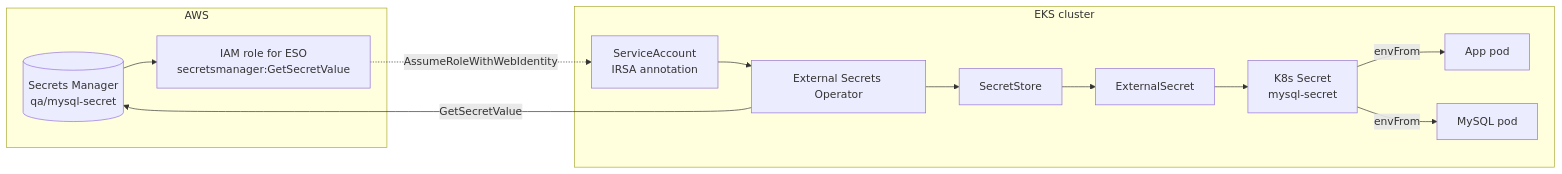
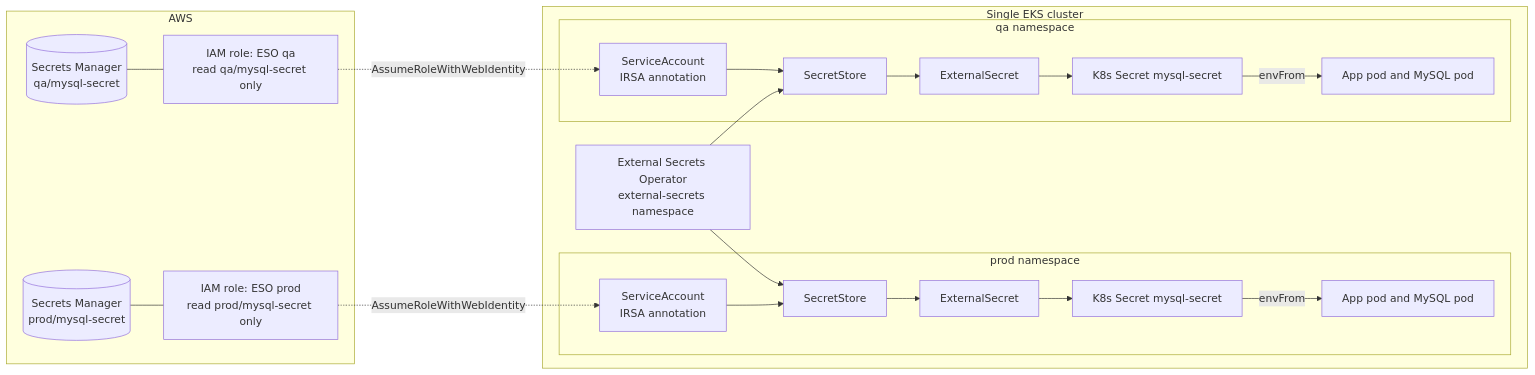
The second of 8 diagrams in README.md (meetbrij/prod-grade-e2e-devsecops-pipeline), drawn with Mermaid before and after one commit. The commit also changed other lines of this file and 3 other files, not shown here.

````diff
--- a/README.md
+++ b/README.md
@@ -100,24 +116,32 @@
 ```mermaid
 flowchart LR
     subgraph AWS[AWS]
-        SM[(Secrets Manager<br/>qa/mysql-secret)]
-        IAM[IAM role for ESO<br/>secretsmanager:GetSecretValue]
+        SMQ[(Secrets Manager<br/>qa/mysql-secret)]
+        SMP[(Secrets Manager<br/>prod/mysql-secret)]
+        IAMQ[IAM role: ESO qa<br/>read qa/mysql-secret only]
+        IAMP[IAM role: ESO prod<br/>read prod/mysql-secret only]
+        SMQ --- IAMQ
+        SMP --- IAMP
     end
 
-    subgraph K8S[EKS cluster]
-        SA[ServiceAccount<br/>IRSA annotation]
-        ESO[External Secrets Operator]
-        SS[SecretStore]
-        ES[ExternalSecret]
-        KS[K8s Secret<br/>mysql-secret]
-        APP[App pod]
-        MYSQL[MySQL pod]
-        SA --> ESO --> SS --> ES --> KS
-        KS -->|envFrom| APP
-        KS -->|envFrom| MYSQL
+    subgraph K8S[Single EKS cluster]
+        ESO[External Secrets Operator<br/>external-secrets namespace]
+        subgraph QA[qa namespace]
+            SAQ[ServiceAccount<br/>IRSA annotation]
+            SSQ[SecretStore] --> ESQ[ExternalSecret] --> KSQ[K8s Secret mysql-secret]
+            KSQ -->|envFrom| QAPODS[App pod and MySQL pod]
+            SAQ --> SSQ
+        end
+        subgraph PROD[prod namespace]
+            SAP[ServiceAccount<br/>IRSA annotation]
+            SSP[SecretStore] --> ESP[ExternalSecret] --> KSP[K8s Secret mysql-secret]
+            KSP -->|envFrom| PRODPODS[App pod and MySQL pod]
+            SAP --> SSP
+        end
+        ESO --> SSQ
+        ESO --> SSP
     end
 
-    SM --> IAM
-    IAM -. AssumeRoleWithWebIdentity .-> SA
-    ESO -->|GetSecretValue| SM
+    IAMQ -. AssumeRoleWithWebIdentity .-> SAQ
+    IAMP -. AssumeRoleWithWebIdentity .-> SAP
 ```
````
